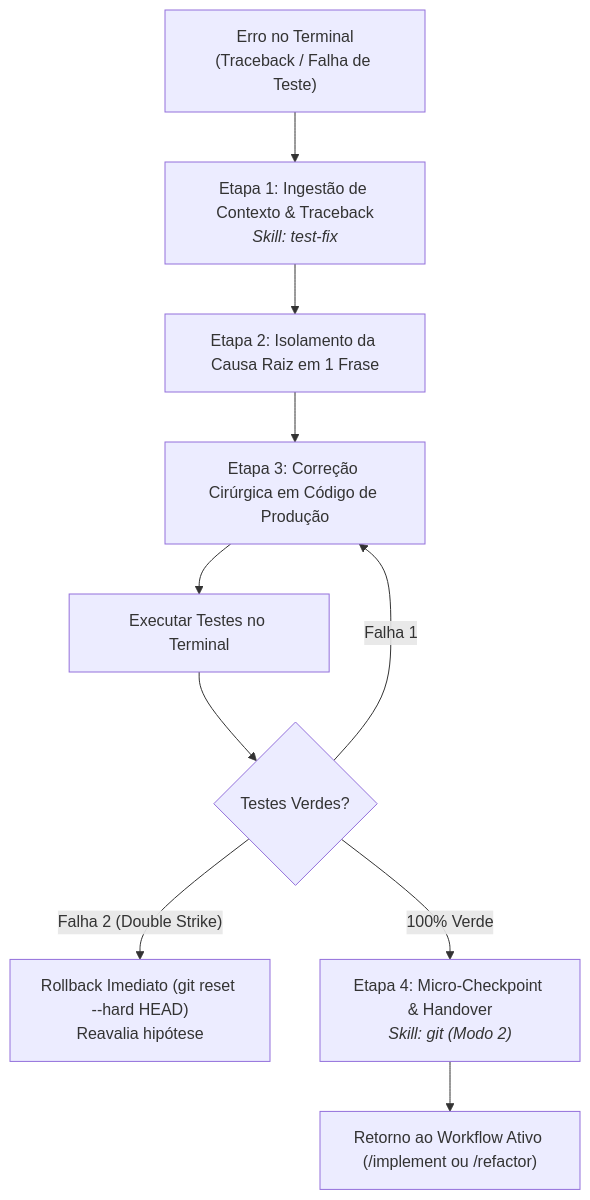
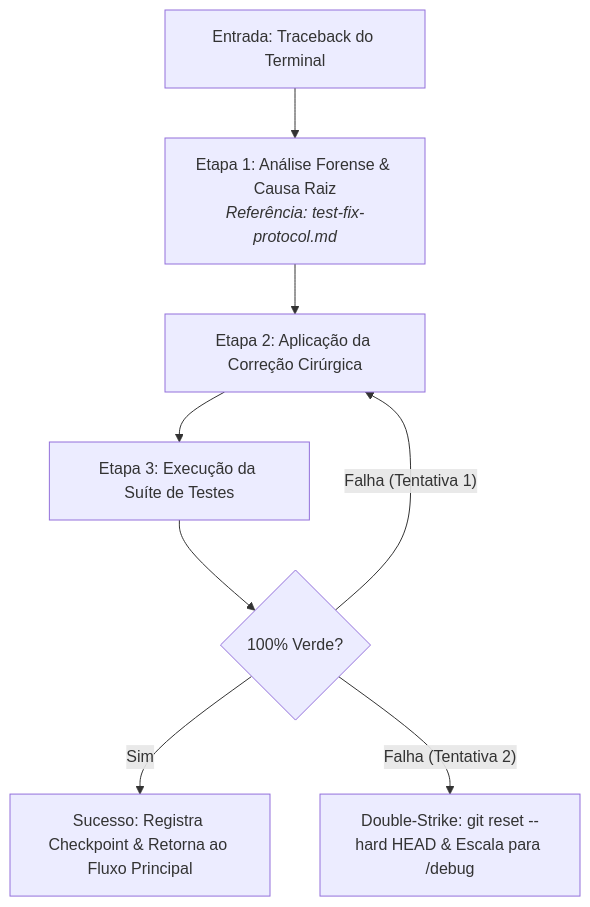
The diagram in docs/agentes/test-fix.md (MarcosVeniciu/antigravity-agentic-skills), drawn with Mermaid before and after one commit. The commit also changed other lines of this file and 41 other files, not shown here.

````diff
--- a/docs/agentes/test-fix.md
+++ b/docs/agentes/test-fix.md
@@ -17,12 +19,10 @@
 ```mermaid
 flowchart TD
-    Error["Erro no Terminal<br/>(Traceback / Falha de Teste)"] --> S1["Etapa 1: Ingestão de Contexto & Traceback<br/><i>Skill: test-fix</i>"]
-    S1 --> S2["Etapa 2: Isolamento da Causa Raiz em 1 Frase"]
-    S2 --> S3["Etapa 3: Correção Cirúrgica em Código de Produção"]
-    S3 --> TestRun["Executar Testes no Terminal"]
-    TestRun --> Pass{"Testes Verdes?"}
-    Pass --"Falha 1"--> S3
-    Pass --"Falha 2 (Double Strike)"--> Reset["Rollback Imediato (git reset --hard HEAD)<br/>Reavalia hipótese"]
-    Pass --"100% Verde"--> S4["Etapa 4: Micro-Checkpoint & Handover<br/><i>Skill: git (Modo 2)</i>"]
-    S4 --> Back["Retorno ao Workflow Ativo (/implement ou /refactor)"]
+    Start["Entrada: Traceback do Terminal"] --> E1["Etapa 1: Análise Forense & Causa Raiz<br/><i>Referência: test-fix-protocol.md</i>"]
+    E1 --> E2["Etapa 2: Aplicação da Correção Cirúrgica"]
+    E2 --> E3["Etapa 3: Execução da Suíte de Testes"]
+    E3 --> Pass{"100% Verde?"}
+    Pass --"Sim"--> Green["Sucesso: Registra Checkpoint & Retorna ao Fluxo Principal"]
+    Pass --"Falha (Tentativa 1)"--> E2
+    Pass --"Falha (Tentativa 2)"--> Rollback["Double-Strike: git reset --hard HEAD & Escala para /debug"]
 ```
````
